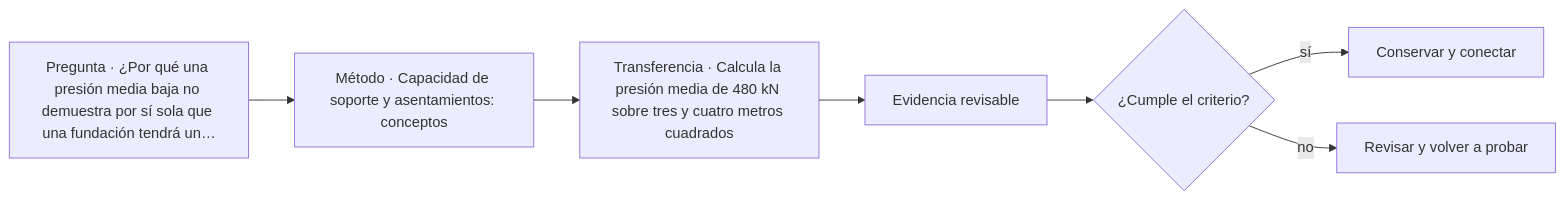
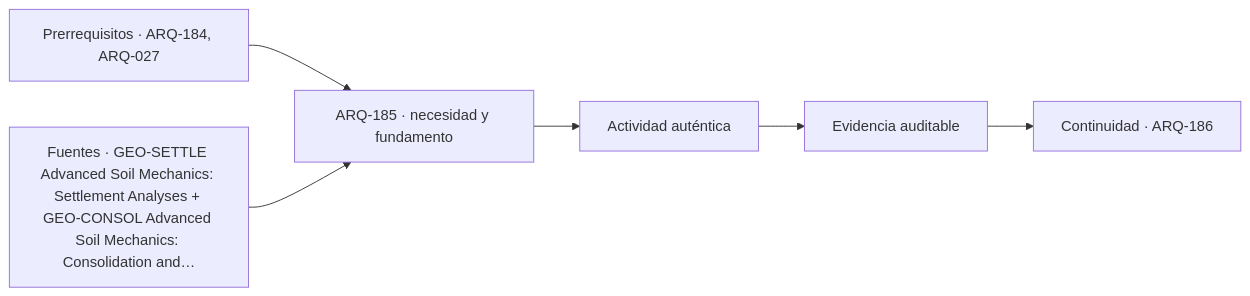
One commit to vladimiracunadev-create/architecture-built-environment-learning-program changed the diagram in classes/parte-19/ARQ-185.md. Above: the diagram before and after it, drawn with Mermaid. The commit also changed other lines of this file and 761 other files, not shown here.

````diff
--- a/classes/parte-19/ARQ-185.md
+++ b/classes/parte-19/ARQ-185.md
@@ -115,9 +127,8 @@
 ```mermaid
 flowchart LR
-    Q["Pregunta · ¿Por qué una presión media baja no demuestra por sí sola que una fundación tendrá un…"] --> M["Método · Capacidad de soporte y asentamientos: conceptos"]
-    M --> P["Transferencia · Calcula la presión media de 480 kN sobre tres y cuatro metros cuadrados"]
-    P --> E["Evidencia revisable"]
-    E --> C{"¿Cumple el criterio?"}
-    C -->|sí| T["Conservar y conectar"]
-    C -->|no| R["Revisar y volver a probar"]
+    A["Prerrequisitos · ARQ-184, ARQ-027"] --> B["ARQ-185 · necesidad y fundamento"]
+    S["Fuentes · GEO-SETTLE Advanced Soil Mechanics: Settlement Analyses + GEO-CONSOL Advanced Soil Mechanics: Consolidation and…"] --> B
+    B --> C["Actividad auténtica"]
+    C --> D["Evidencia auditable"]
+    D --> E["Continuidad · ARQ-186"]
 ```
````
